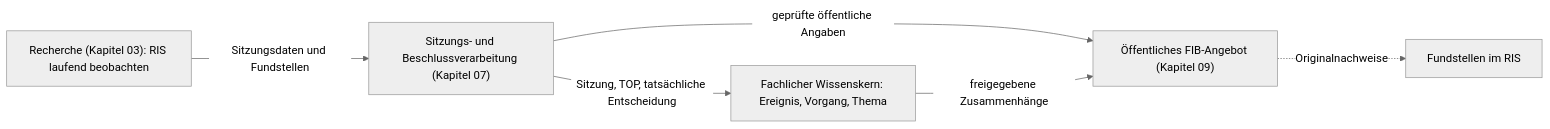
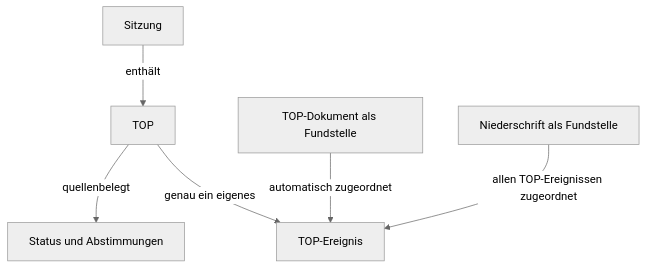
Before and after one commit to PustefixReisen/fib-echtsystem: the diagram in docs/fachhandbuch/07-Sitzungen-und-Beschluesse-Entwurf-2026-10-26.md, drawn with Mermaid (neutral theme). The commit also changed other lines of this file and 33 other files, not shown here.

````diff
--- a/docs/fachhandbuch/07-Sitzungen-und-Beschluesse-Entwurf-2026-10-26.md
+++ b/docs/fachhandbuch/07-Sitzungen-und-Beschluesse-Entwurf-2026-10-26.md
@@ -13,8 +25,8 @@
 ```mermaid
-flowchart LR
-  R["Recherche (Kapitel 03): RIS laufend beobachten"] -->|"Sitzungsdaten und Fundstellen"| A["Sitzungs- und Beschlussverarbeitung (Kapitel 07)"]
-  A -->|"Sitzung, TOP, tatsächliche Entscheidung"| W["Fachlicher Wissenskern: Ereignis, Vorgang, Thema"]
-  A -->|"geprüfte öffentliche Angaben"| O["Öffentliches FIB-Angebot (Kapitel 09)"]
-  W -->|"freigegebene Zusammenhänge"| O
-  O -.->|"Originalnachweise"| F["Fundstellen im RIS"]
+flowchart TD
+  S["Sitzung"] -->|"enthält"| T["TOP"]
+  T -->|"genau ein eigenes"| E["TOP-Ereignis"]
+  D["TOP-Dokument als Fundstelle"] -->|"automatisch zugeordnet"| E
+  N["Niederschrift als Fundstelle"] -->|"allen TOP-Ereignissen zugeordnet"| E
+  T -->|"quellenbelegt"| A["Status und Abstimmungen"]
 ```
````
